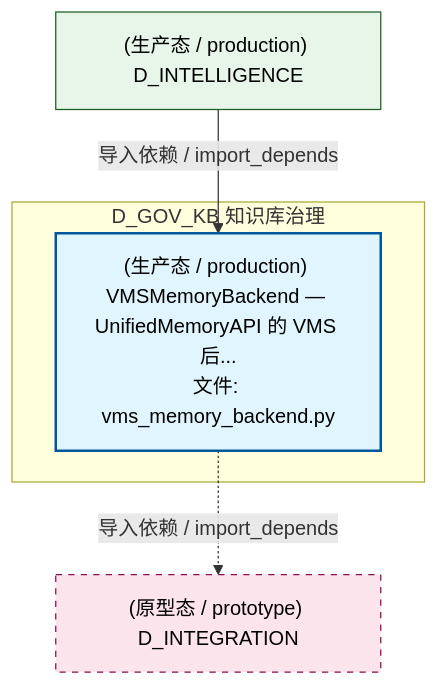
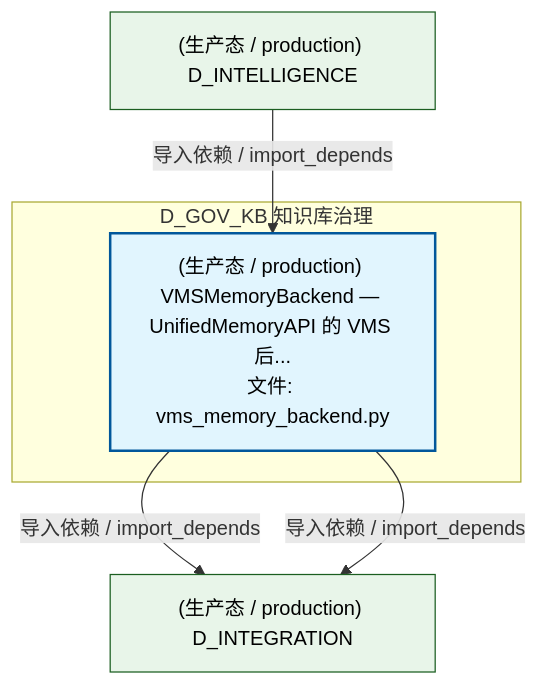
The second of 5 diagrams in docs/02_enterprise_architecture/02_domain_architecture_docs/43_d_gov_kb.md (xuanFelixVan/ZephyrAlpha), drawn with Mermaid before and after one commit. The commit also changed other lines of this file and 86 other files, not shown here.

````diff
--- a/docs/02_enterprise_architecture/02_domain_architecture_docs/43_d_gov_kb.md
+++ b/docs/02_enterprise_architecture/02_domain_architecture_docs/43_d_gov_kb.md
@@ -184,17 +185,17 @@
 ```mermaid
 graph TD
     subgraph D_GOV_KB["D_GOV_KB 知识库治理"]
         src_zephyr_gov_kb_vms_memory_backend_py["(生产态 / production) VMSMemoryBackend — UnifiedMemoryAPI 的 VMS 后...<br/>文件: vms_memory_backend.py"]
     end
-    D_INTEGRATION["(原型态 / prototype) D_INTEGRATION"]
-    src_zephyr_gov_kb_vms_memory_backend_py -.->|导入依赖 / import_depends| D_INTEGRATION
+    D_INTEGRATION["(生产态 / production) D_INTEGRATION"]
+    src_zephyr_gov_kb_vms_memory_backend_py -->|导入依赖 / import_depends| D_INTEGRATION
+    src_zephyr_gov_kb_vms_memory_backend_py -->|导入依赖 / import_depends| D_INTEGRATION
     D_INTELLIGENCE["(生产态 / production) D_INTELLIGENCE"]
     D_INTELLIGENCE -->|导入依赖 / import_depends| src_zephyr_gov_kb_vms_memory_backend_py
     classDef production fill:#e1f5fe,stroke:#01579b,stroke-width:2px,color:#000
     classDef design fill:#fff3e0,stroke:#e65100,stroke-width:2px,color:#000,stroke-dasharray: 5 5
     classDef external_prod fill:#e8f5e9,stroke:#1b5e20,stroke-width:1px,color:#000
     classDef external_design fill:#fce4ec,stroke:#880e4f,stroke-width:1px,color:#000,stroke-dasharray: 5 5
     class src_zephyr_gov_kb_vms_memory_backend_py production
-    class D_INTELLIGENCE external_prod
-    class D_INTEGRATION external_design
+    class D_INTEGRATION,D_INTELLIGENCE external_prod
 ```
````
